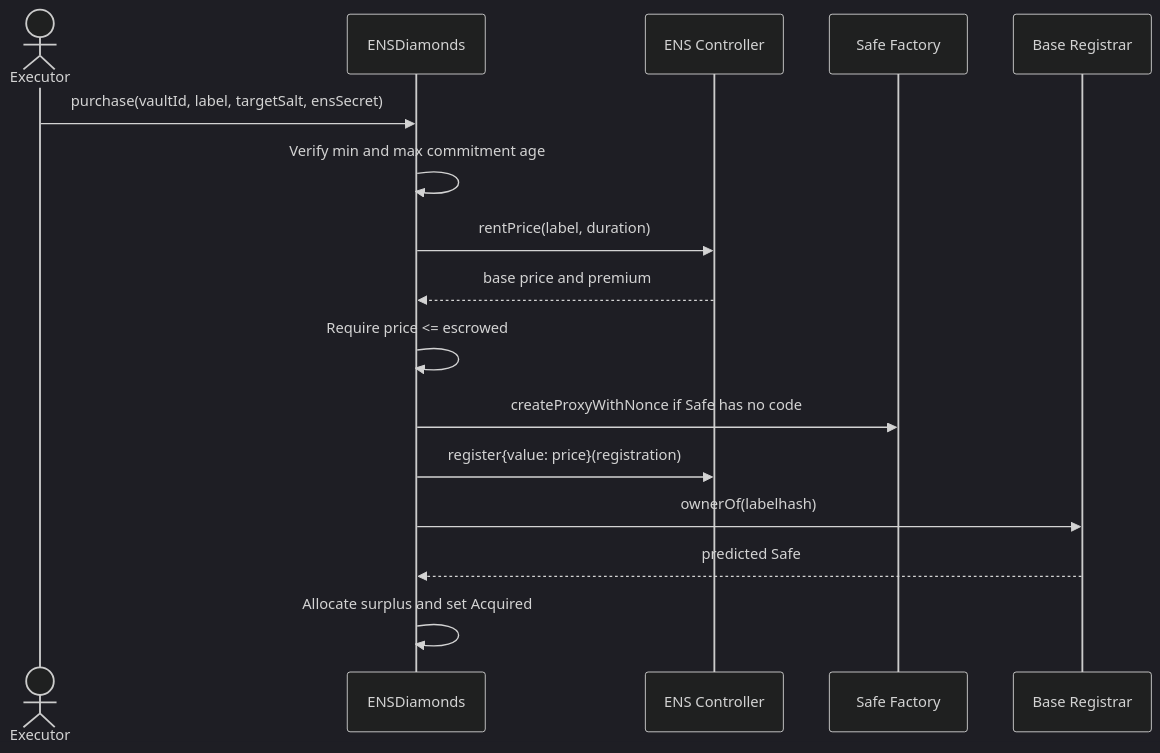
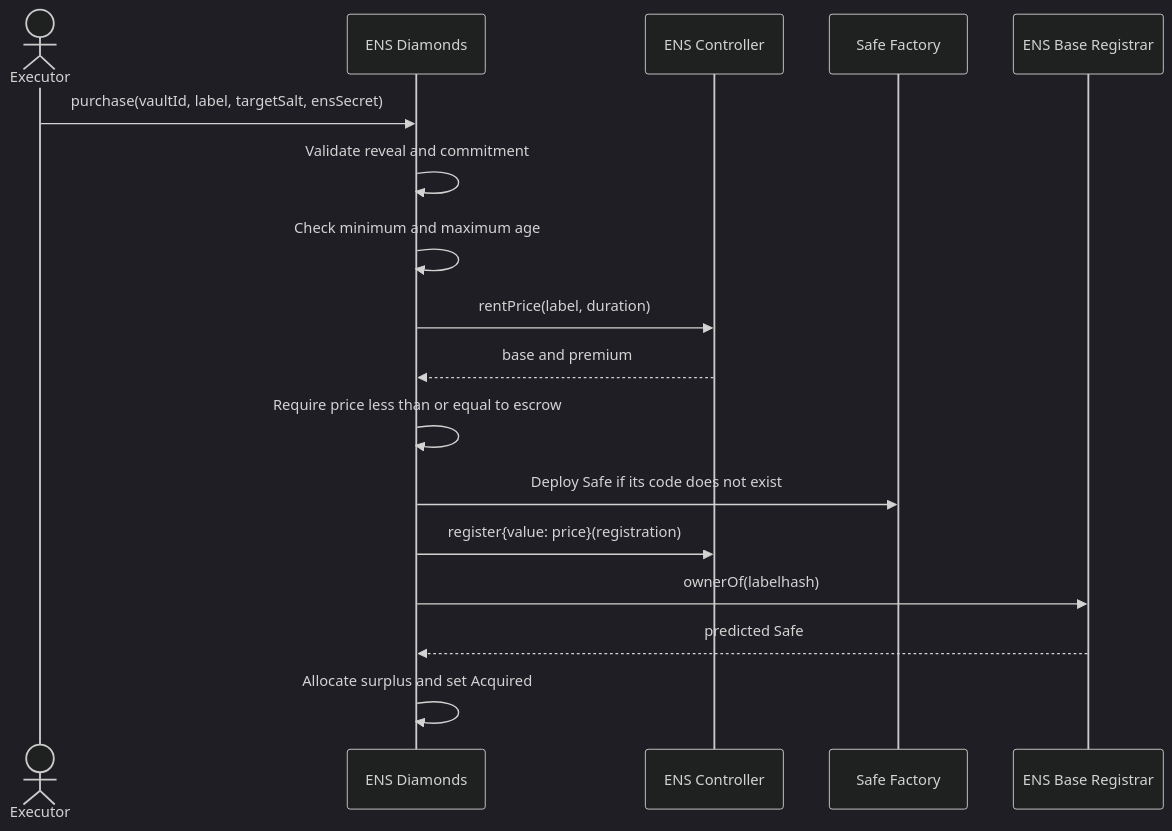
The eighth of 10 diagrams in packages/contracts/ARCHITECTURE.md (thenamespace/ens-diamonds), drawn with Mermaid (dark theme) before and after one commit. The commit also changed other lines of this file and 1 other file, not shown here.

Commit message:
docs(contracts): refine architecture user flows

````diff
--- a/packages/contracts/ARCHITECTURE.md
+++ b/packages/contracts/ARCHITECTURE.md
@@ -666,19 +541,20 @@
 ```mermaid
 sequenceDiagram
     actor Executor
-    participant Diamonds as ENSDiamonds
-    participant ENS as ENS Controller
+    participant Diamonds as ENS Diamonds
+    participant Controller as ENS Controller
     participant Factory as Safe Factory
-    participant Registrar as Base Registrar
+    participant Registrar as ENS Base Registrar
 
     Executor->>Diamonds: purchase(vaultId, label, targetSalt, ensSecret)
-    Diamonds->>Diamonds: Verify min and max commitment age
-    Diamonds->>ENS: rentPrice(label, duration)
-    ENS-->>Diamonds: base price and premium
-    Diamonds->>Diamonds: Require price <= escrowed
-    Diamonds->>Factory: createProxyWithNonce if Safe has no code
-    Diamonds->>ENS: register{value: price}(registration)
+    Diamonds->>Diamonds: Validate reveal and commitment
+    Diamonds->>Diamonds: Check minimum and maximum age
+    Diamonds->>Controller: rentPrice(label, duration)
+    Controller-->>Diamonds: base and premium
+    Diamonds->>Diamonds: Require price less than or equal to escrow
+    Diamonds->>Factory: Deploy Safe if its code does not exist
+    Diamonds->>Controller: register{value: price}(registration)
     Diamonds->>Registrar: ownerOf(labelhash)
     Registrar-->>Diamonds: predicted Safe
     Diamonds->>Diamonds: Allocate surplus and set Acquired
 ```
````
